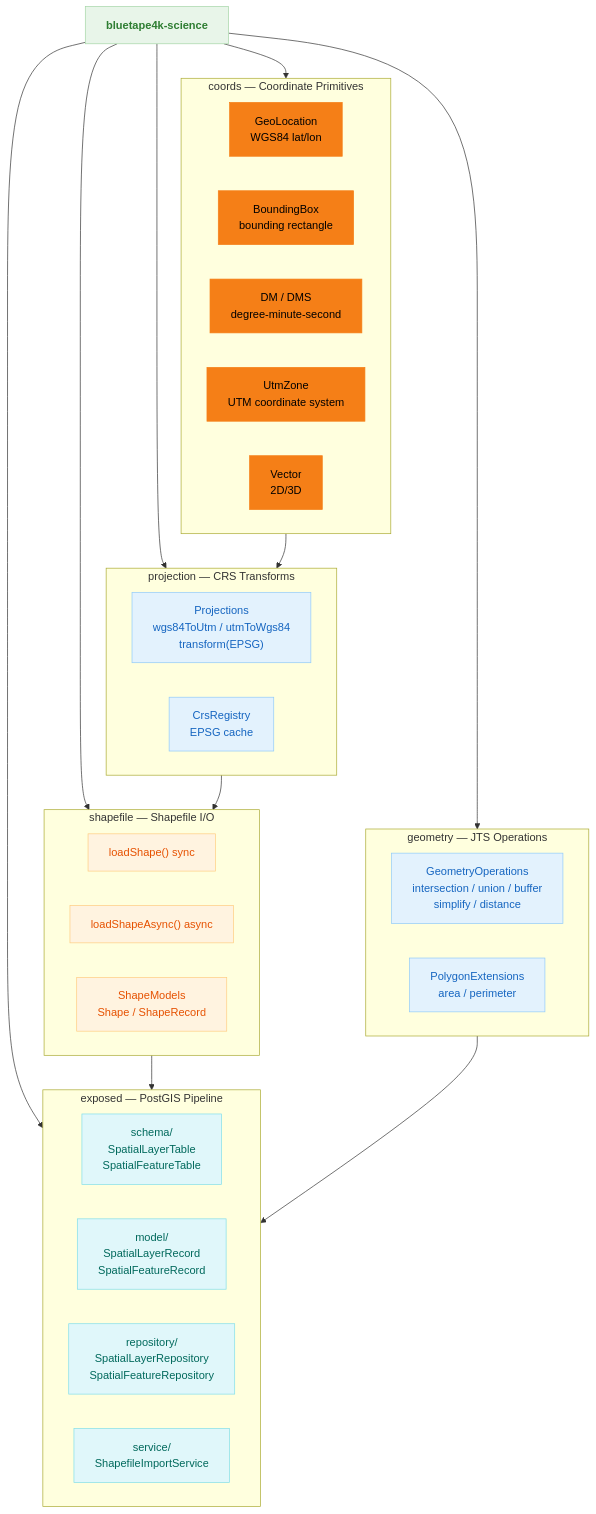
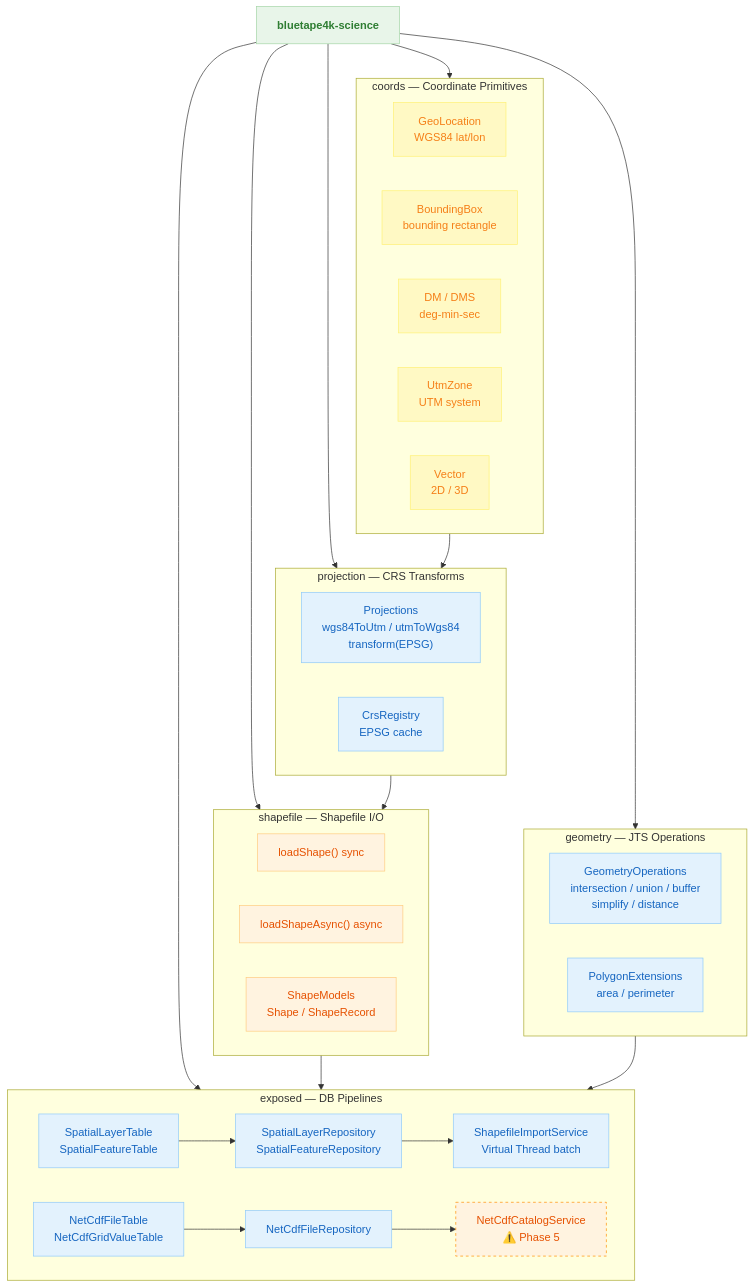
Before and after one commit to bluetape4k/bluetape4k-projects: the first of 3 diagrams in utils/science/README.md, drawn with Mermaid. The commit also changed other lines of this file and 2 other files, not shown here.

First line of the commit message:
docs(utils/science): README 전면 재작성 — NetCDF/Shapefile/GIS/JTS/PostGIS 통합 가이드 (#128)

````diff
--- a/utils/science/README.md
+++ b/utils/science/README.md
@@ -13,59 +30,64 @@
 ```mermaid
 flowchart TD
     Science["bluetape4k-science"]
 
     subgraph Coords["coords — Coordinate Primitives"]
         GeoLocation["GeoLocation\nWGS84 lat/lon"]
         BoundingBox["BoundingBox\nbounding rectangle"]
-        DMS["DM / DMS\ndegree-minute-second"]
-        UtmZone["UtmZone\nUTM coordinate system"]
-        Vector["Vector\n2D/3D"]
+        DMS["DM / DMS\ndeg-min-sec"]
+        UtmZone["UtmZone\nUTM system"]
+        Vector["Vector\n2D / 3D"]
     end
 
     subgraph Projection["projection — CRS Transforms"]
         Projections["Projections\nwgs84ToUtm / utmToWgs84\ntransform(EPSG)"]
         CrsRegistry["CrsRegistry\nEPSG cache"]
     end
 
     subgraph Shapefile["shapefile — Shapefile I/O"]
         LoadShape["loadShape() sync"]
         LoadShapeAsync["loadShapeAsync() async"]
         ShapeModels["ShapeModels\nShape / ShapeRecord"]
     end
 
     subgraph Geometry["geometry — JTS Operations"]
         GeomOps["GeometryOperations\nintersection / union / buffer\nsimplify / distance"]
         PolyExt["PolygonExtensions\narea / perimeter"]
     end
 
-    subgraph Exposed["exposed — PostGIS Pipeline"]
-        Schema["schema/\nSpatialLayerTable\nSpatialFeatureTable"]
-        Models["model/\nSpatialLayerRecord\nSpatialFeatureRecord"]
-        Repos["repository/\nSpatialLayerRepository\nSpatialFeatureRepository"]
-        Service["service/\nShapefileImportService"]
+    subgraph ExposedDB["exposed — DB Pipelines"]
+        SpatialSchema["SpatialLayerTable\nSpatialFeatureTable"]
+        NetCdfSchema["NetCdfFileTable\nNetCdfGridValueTable"]
+        SpatialRepos["SpatialLayerRepository\nSpatialFeatureRepository"]
+        NetCdfRepo["NetCdfFileRepository"]
+        SpatialSvc["ShapefileImportService\nVirtual Thread batch"]
+        NetCdfSvc["NetCdfCatalogService\n⚠️ Phase 5"]
     end
 
     Science --> Coords
     Science --> Projection
     Science --> Shapefile
     Science --> Geometry
-    Science --> Exposed
+    Science --> ExposedDB
 
     Coords --> Projection
     Projection --> Shapefile
-    Shapefile --> Exposed
-    Geometry --> Exposed
+    Shapefile --> ExposedDB
+    Geometry --> ExposedDB
+
+    SpatialSchema --> SpatialRepos --> SpatialSvc
+    NetCdfSchema --> NetCdfRepo --> NetCdfSvc
 
     classDef coreStyle fill:#E8F5E9,stroke:#A5D6A7,color:#2E7D32,font-weight:bold
     classDef serviceStyle fill:#E3F2FD,stroke:#90CAF9,color:#1565C0
     classDef utilStyle fill:#FFF3E0,stroke:#FFCC80,color:#E65100
-    classDef dataStyle fill:#F57F17,stroke:#F57F17,color:#000000
-    classDef dslStyle fill:#E0F7FA,stroke:#80DEEA,color:#00695C
+    classDef dataStyle fill:#FFF9C4,stroke:#FFF176,color:#F57F17
+    classDef warnStyle fill:#FFF3E0,stroke:#FF8F00,color:#E65100,stroke-dasharray:4
 
     class Science coreStyle
     class GeoLocation,BoundingBox,DMS,UtmZone,Vector dataStyle
-    class Projections,CrsRegistry serviceStyle
+    class Projections,CrsRegistry,GeomOps,PolyExt serviceStyle
     class LoadShape,LoadShapeAsync,ShapeModels utilStyle
-    class GeomOps,PolyExt serviceStyle
-    class Schema,Models,Repos,Service dslStyle
+    class SpatialSchema,SpatialRepos,SpatialSvc,NetCdfSchema,NetCdfRepo serviceStyle
+    class NetCdfSvc warnStyle
 ```
````
